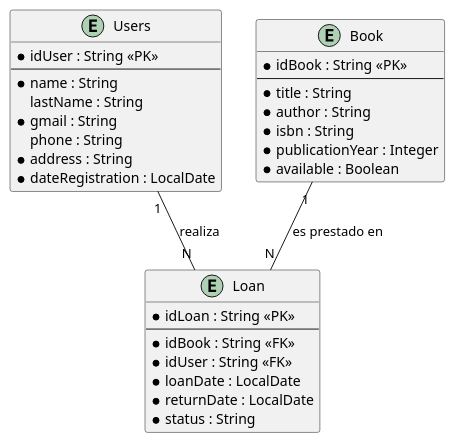
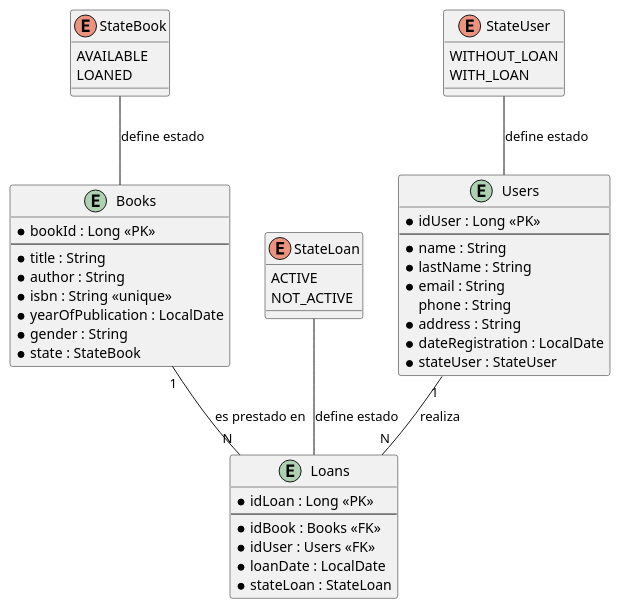
Before and after one commit to AndresRojas2002/library-manager: the diagram in src/main/resources/diagram.puml, drawn with PlantUML. The commit also changed 11 other files, not shown here.

```diff
--- a/src/main/resources/diagram.puml
+++ b/src/main/resources/diagram.puml
@@ -1,37 +1,57 @@
 @startuml
 
+enum StateBook {
+    AVAILABLE
+    LOANED
+}
+
+enum StateUser {
+    WITHOUT_LOAN
+    WITH_LOAN
+}
+
+enum StateLoan {
+    ACTIVE
+    NOT_ACTIVE
+}
+
 entity "Users" {
-    * idUser : String <<PK>>
+    * idUser : Long <<PK>>
     --
     * name : String
-    lastName : String
-    * gmail : String
+    * lastName : String
+    * email : String
     phone : String
     * address : String
     * dateRegistration : LocalDate
+    * stateUser : StateUser
 }
 
-entity "Book" {
-    * idBook : String <<PK>>
+entity "Books" {
+    * bookId : Long <<PK>>
     --
     * title : String
     * author : String
-    * isbn : String
-    * publicationYear : Integer
-    * available : Boolean
+    * isbn : String <<unique>>
+    * yearOfPublication : LocalDate
+    * gender : String
+    * state : StateBook
 }
 
-entity "Loan" {
-    * idLoan : String <<PK>>
+entity "Loans" {
+    * idLoan : Long <<PK>>
     --
-    * idBook : String <<FK>>
-    * idUser : String <<FK>>
+    * idBook : Books <<FK>>
+    * idUser : Users <<FK>>
     * loanDate : LocalDate
-    * returnDate : LocalDate
-    * status : String
+    * stateLoan : StateLoan
 }
 
-Users "1" -- "N" Loan : "realiza"
-Book "1" -- "N" Loan : "es prestado en"
+Users "1" -- "N" Loans : "realiza"
+Books "1" -- "N" Loans : "es prestado en"
+
+StateBook -- Books : "define estado"
+StateUser -- Users : "define estado"
+StateLoan -- Loans : "define estado"
 
 @enduml 
```
